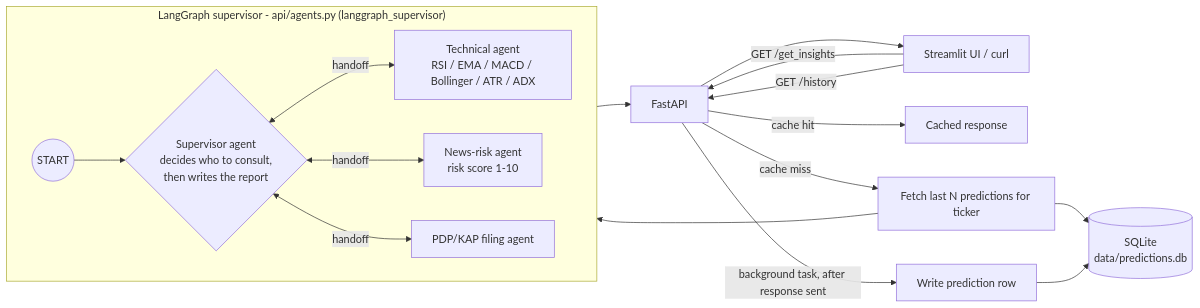
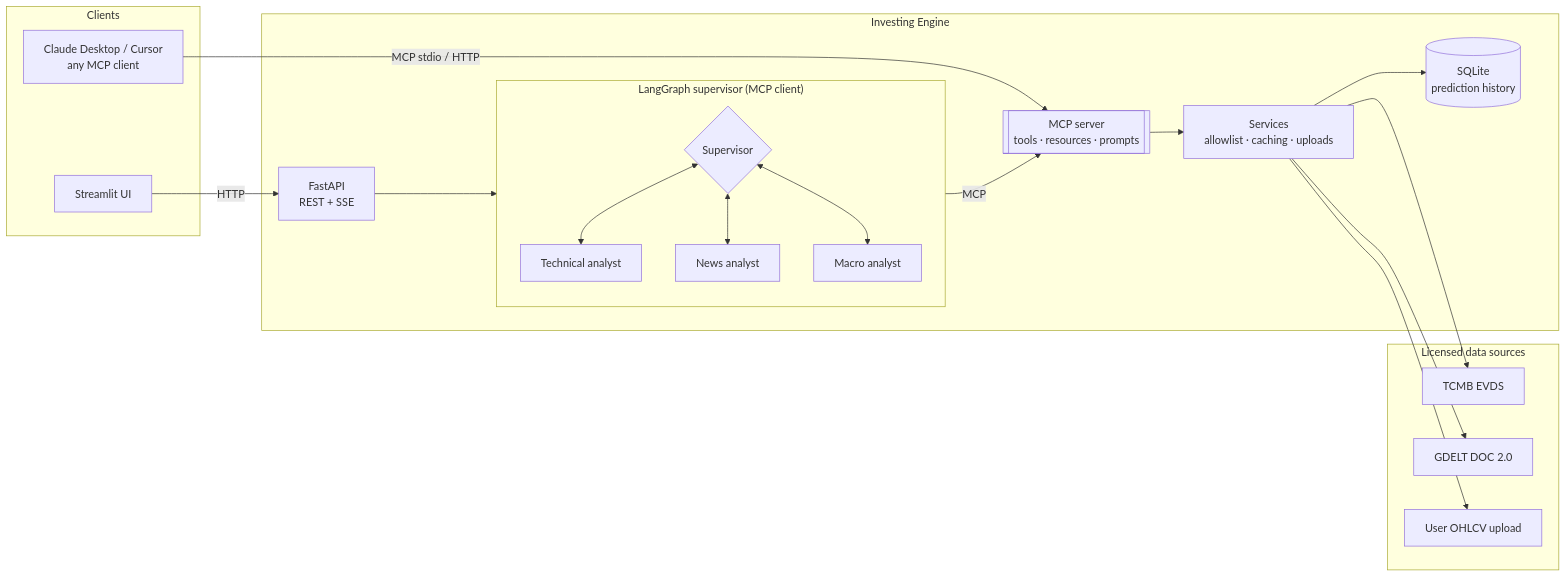
Before and after one commit to MuhammetAliVarlik/AgenticInvestingEngine: the first of 2 diagrams in README.md, drawn with Mermaid. The commit also changed other lines of this file and 7 other files, not shown here.

````diff
--- a/README.md
+++ b/README.md
@@ -37,23 +67,37 @@
 ```mermaid
 flowchart LR
-    User[Streamlit UI / curl] -->|GET /get_insights| API[FastAPI]
-    API -->|cache hit| CacheOut[Cached response]
-    API -->|cache miss| Fetch[Fetch last N predictions for ticker]
-    Fetch --> DB[(SQLite\ndata/predictions.db)]
-    Fetch --> Graph
-
-    subgraph Graph["LangGraph supervisor - api/agents.py (langgraph_supervisor)"]
-        direction LR
-        START((START)) --> Supervisor
-        Supervisor{Supervisor agent\ndecides who to consult,\nthen writes the report}
-        Supervisor <-->|handoff| Technical[Technical agent\nRSI / EMA / MACD / Bollinger / ATR / ADX]
-        Supervisor <-->|handoff| News[News-risk agent\nrisk score 1-10]
-        Supervisor <-->|handoff| PDP[PDP/KAP filing agent]
+    subgraph Clients
+        UI[Streamlit UI]
+        Ext[Claude Desktop / Cursor<br/>any MCP client]
     end
 
-    Graph --> API
-    API -->|background task, after response sent| Write[Write prediction row]
-    Write --> DB
-    API --> User
-    User -->|GET /history| API
+    subgraph Engine["Investing Engine"]
+        API[FastAPI<br/>REST + SSE]
+        subgraph Agents["LangGraph supervisor (MCP client)"]
+            SUP{Supervisor}
+            TA[Technical analyst]
+            NA[News analyst]
+            MA[Macro analyst]
+            SUP <--> TA
+            SUP <--> NA
+            SUP <--> MA
+        end
+        MCP[[MCP server<br/>tools · resources · prompts]]
+        SVC[Services<br/>allowlist · caching · uploads]
+        HIST[(SQLite<br/>prediction history)]
+    end
+
+    subgraph Sources["Licensed data sources"]
+        EVDS[TCMB EVDS]
+        GDELT[GDELT DOC 2.0]
+        CSV[User OHLCV upload]
+    end
+
+    UI -->|HTTP| API
+    API --> Agents
+    Agents -->|MCP| MCP
+    Ext -->|MCP stdio / HTTP| MCP
+    MCP --> SVC
+    SVC --> EVDS & GDELT & CSV
+    SVC --> HIST
 ```
````
